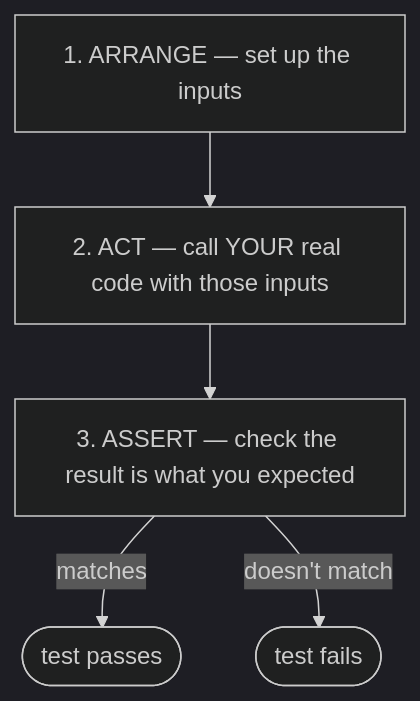
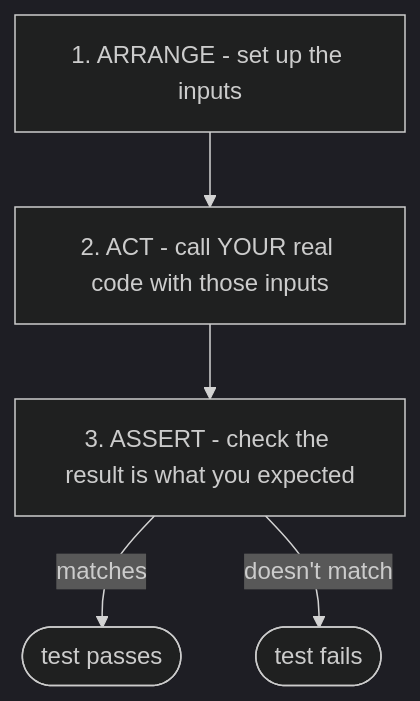
The diagram in guides/testing/why-test-at-all/02-what-a-test-actually-is.md (Topurrra/themissingmanual), drawn with Mermaid (dark theme) before and after one commit. The commit also changed other lines of this file and 1072 other files, not shown here.

````diff
--- a/guides/testing/why-test-at-all/02-what-a-test-actually-is.md
+++ b/guides/testing/why-test-at-all/02-what-a-test-actually-is.md
@@ -36,9 +36,9 @@
 ```mermaid
 flowchart TD
-  A[1. ARRANGE — set up the inputs]
-  B[2. ACT — call YOUR real code with those inputs]
-  C[3. ASSERT — check the result is what you expected]
+  A[1. ARRANGE - set up the inputs]
+  B[2. ACT - call YOUR real code with those inputs]
+  C[3. ASSERT - check the result is what you expected]
   A --> B --> C
   C -->|matches| Pass([test passes])
   C -->|doesn't match| Fail([test fails])
 ```
````
